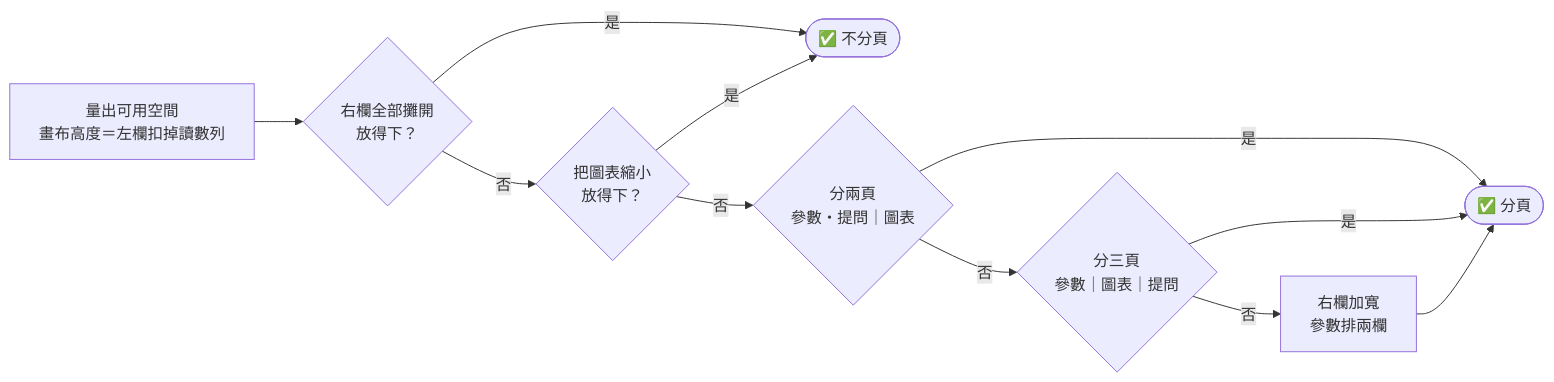
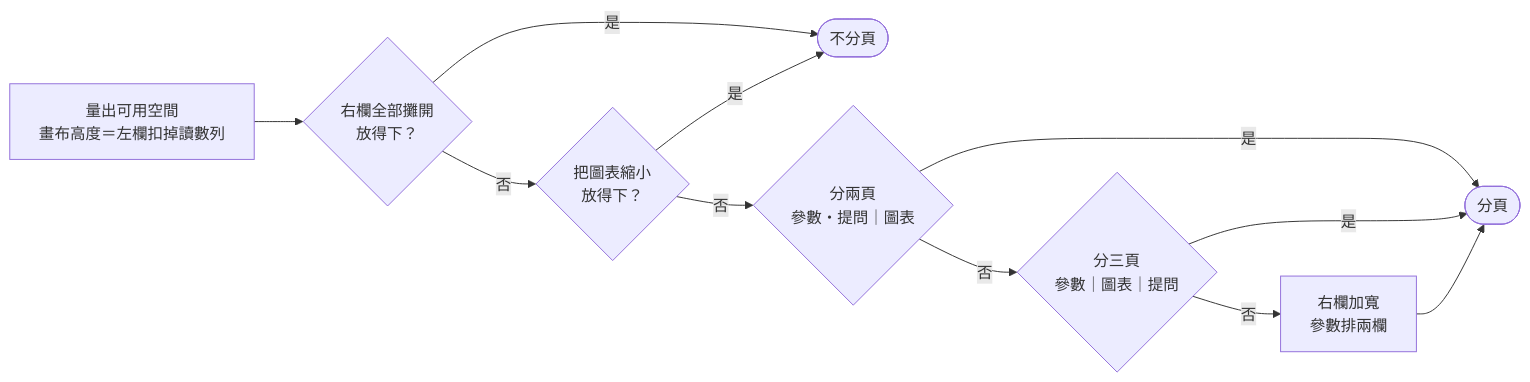
Before and after one commit to Yu-0312/senior-science: the second of 9 diagrams in README.md, drawn with Mermaid. The commit also changed other lines of this file and 34 other files, not shown here.

````diff
--- a/README.md
+++ b/README.md
@@ -105,12 +105,12 @@
 ```mermaid
 flowchart LR
     A["量出可用空間<br/>畫布高度＝左欄扣掉讀數列"] --> B{"右欄全部攤開<br/>放得下？"}
-    B -- 是 --> OK(["✅ 不分頁"])
+    B -- 是 --> OK(["不分頁"])
     B -- 否 --> C{"把圖表縮小<br/>放得下？"}
     C -- 是 --> OK
     C -- 否 --> D{"分兩頁<br/>參數・提問｜圖表"}
-    D -- 是 --> OK2(["✅ 分頁"])
+    D -- 是 --> OK2(["分頁"])
     D -- 否 --> E{"分三頁<br/>參數｜圖表｜提問"}
     E -- 是 --> OK2
     E -- 否 --> F["右欄加寬<br/>參數排兩欄"] --> OK2
 ```
````
